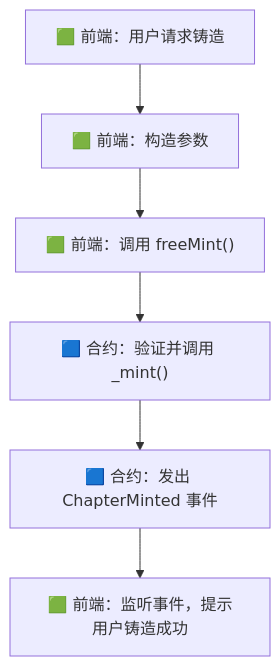
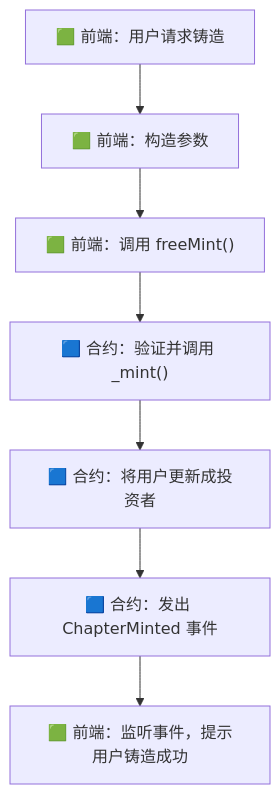
The second of 4 diagrams in README.md (CSzLong/my-foundry-project), drawn with Mermaid before and after one commit. The commit also changed other lines of this file and 2 other files, not shown here.

````diff
--- a/README.md
+++ b/README.md
@@ -45,8 +32,9 @@
 ```mermaid
 graph TD
     A["🟩 前端：用户请求铸造"] --> B["🟩 前端：构造参数"]
     B --> C["🟩 前端：调用 freeMint()"]
     C --> D["🟦 合约：验证并调用 _mint()"]
-    D --> E["🟦 合约：发出 ChapterMinted 事件"]
-    E --> F["🟩 前端：监听事件，提示用户铸造成功"]
+    D --> E["🟦 合约：将用户更新成投资者"]
+    E --> F["🟦 合约：发出 ChapterMinted 事件"]
+    F --> G["🟩 前端：监听事件，提示用户铸造成功"]
 ```
````
